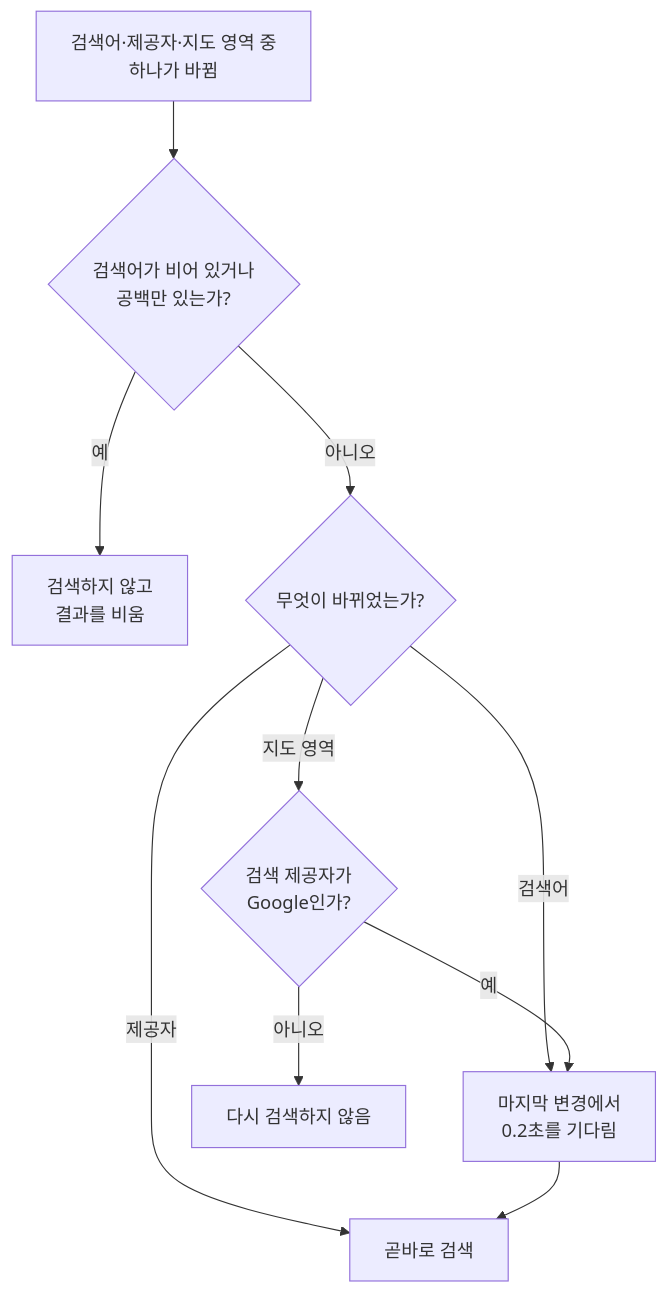
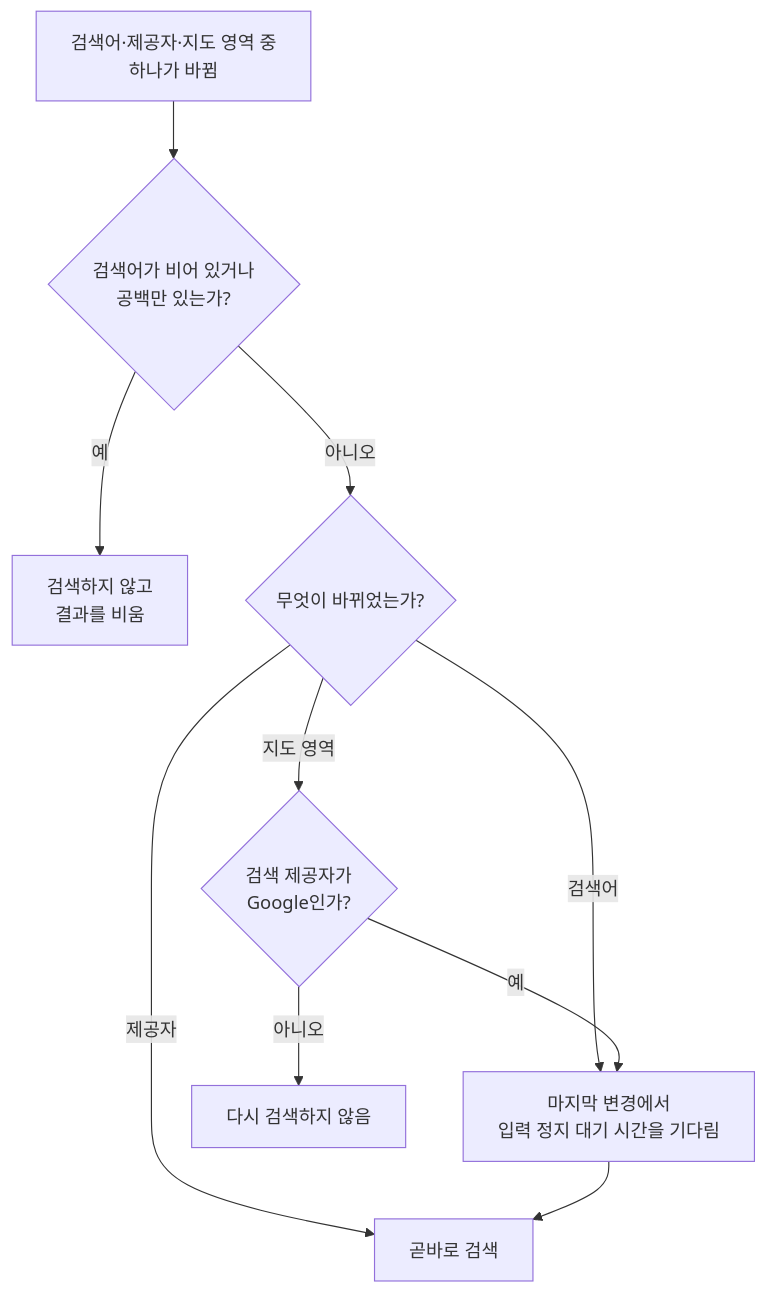
Before and after one commit to taetae98coding/DiaryKMP: the first of 2 diagrams in docs/spec/place-search-dialog.md, drawn with Mermaid. The commit also changed other lines of this file and 3 other files, not shown here.

````diff
--- a/docs/spec/place-search-dialog.md
+++ b/docs/spec/place-search-dialog.md
@@ -103,12 +103,12 @@
 ```mermaid
 flowchart TD
     start["검색어·제공자·지도 영역 중<br/>하나가 바뀜"] --> query{"검색어가 비어 있거나<br/>공백만 있는가?"}
     query -- 예 --> clear["검색하지 않고<br/>결과를 비움"]
     query -- 아니오 --> what{"무엇이 바뀌었는가?"}
-    what -- "검색어" --> wait["마지막 변경에서<br/>0.2초를 기다림"]
+    what -- "검색어" --> wait["마지막 변경에서<br/>입력 정지 대기 시간을 기다림"]
     what -- "제공자" --> now["곧바로 검색"]
     what -- "지도 영역" --> provider{"검색 제공자가<br/>Google인가?"}
     provider -- 아니오 --> skip["다시 검색하지 않음"]
     provider -- 예 --> wait
     wait --> now
 ```
````
